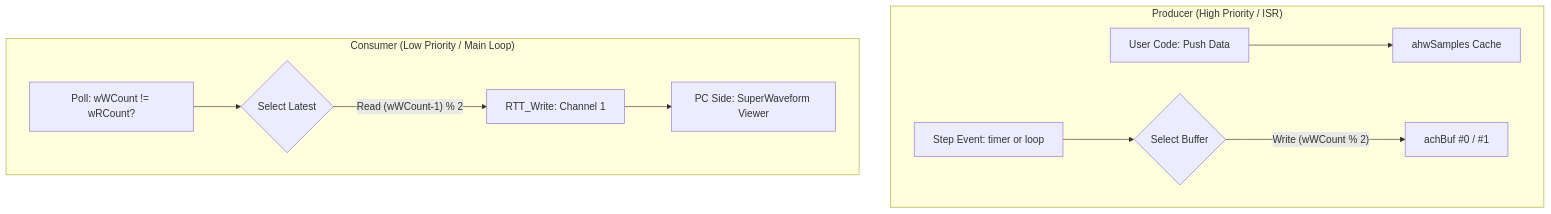
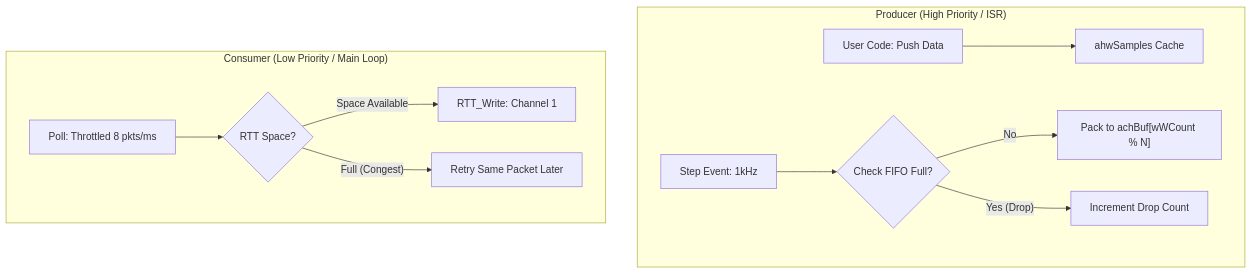
One commit to wyxun/gmsi changed the diagram in doc/gdebug/gwaveform.md. Above: the diagram before and after it, drawn with Mermaid. The commit also changed other lines of this file and 16 other files, not shown here.

````diff
--- a/doc/gdebug/gwaveform.md
+++ b/doc/gdebug/gwaveform.md
@@ -11,14 +11,16 @@
 ```mermaid
 graph TD
     subgraph "Producer (High Priority / ISR)"
-        A[User Code: Push Data] --> B[ahwSamples Cache]
-        C[Step Event: timer or loop] --> D{Select Buffer}
-        D -- "Write (wWCount % 2)" --> E[achBuf #0 / #1]
+        A["User Code: Push Data"] --> B["ahwSamples Cache"]
+        C["Step Event: 1kHz"] --> D{"Check FIFO Full?"}
+        D -- "No" --> E["Pack to achBuf[wWCount % N]"]
+        D -- "Yes (Drop)" --> F["Increment Drop Count"]
     end
 
     subgraph "Consumer (Low Priority / Main Loop)"
-        G[Poll: wWCount != wRCount?] --> H{Select Latest}
-        H -- "Read (wWCount-1) % 2" --> I[RTT_Write: Channel 1]
-        I --> J[PC Side: SuperWaveform Viewer]
+        G["Poll: Throttled 8 pkts/ms"] --> H{"RTT Space?"}
+        H -- "Space Available" --> I["RTT_Write: Channel 1"]
+        H -- "Full (Congest)" --> J["Retry Same Packet Later"]
     end
+
 ```
````
